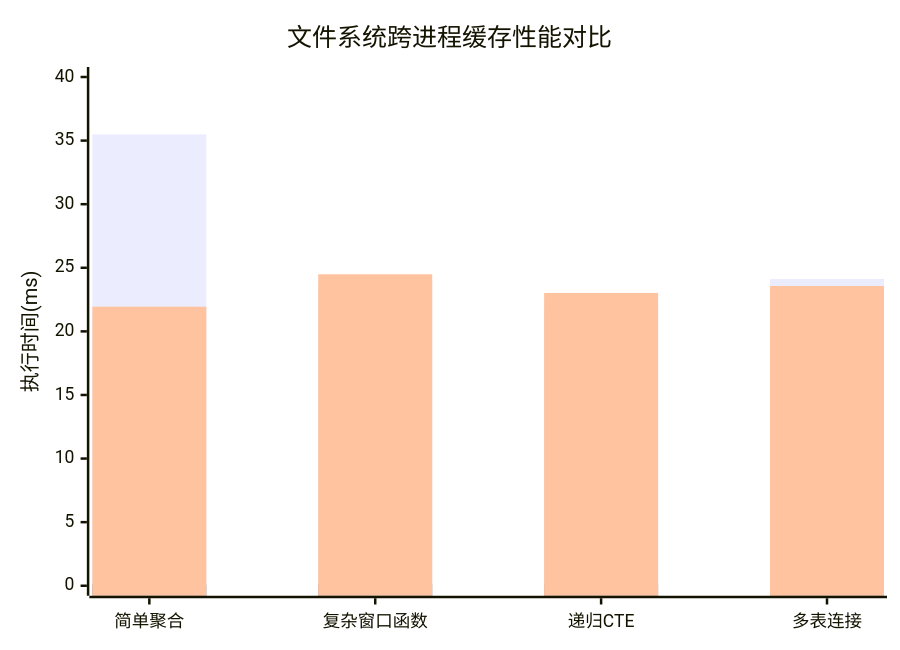
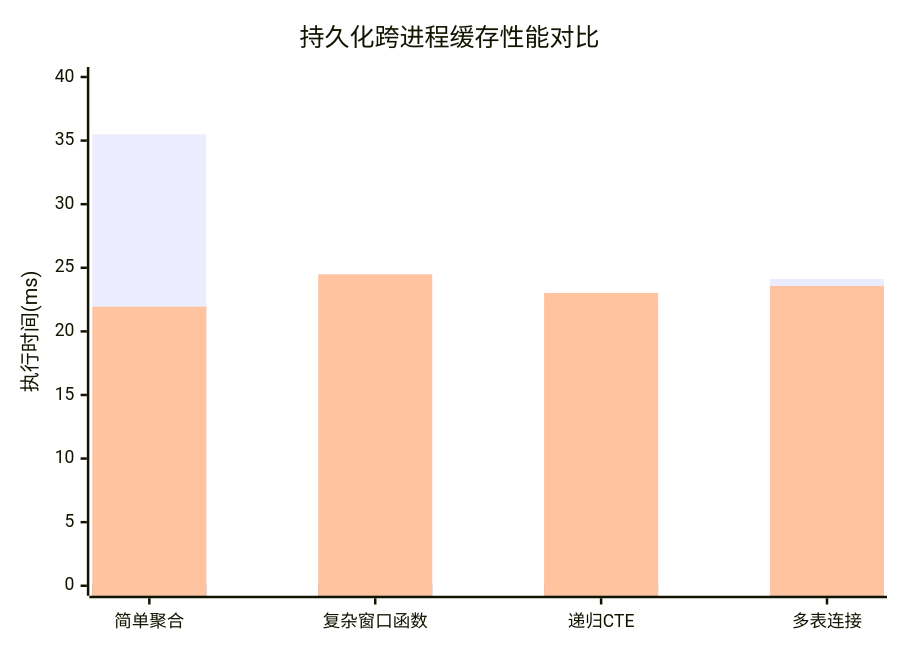
One commit to crazypenguincode/duckdb changed the third of 3 diagrams in md/第五章-多策略融合的持久化存储技术.md. Above: the diagram before and after it, drawn with Mermaid. The commit also changed other lines of this file and 8 other files, not shown here.

````diff
--- a/md/第五章-多策略融合的持久化存储技术.md
+++ b/md/第五章-多策略融合的持久化存储技术.md
@@ -181,9 +181,9 @@
 ```mermaid
 xychart-beta
-    title "文件系统跨进程缓存性能对比"
+    title "持久化跨进程缓存性能对比"
     x-axis ["简单聚合", "复杂窗口函数", "递归CTE", "多表连接"]
     y-axis "执行时间(ms)" 0 --> 40
     bar "首次执行" [35.49, 23.98, 22.00, 24.12]
     bar "缓存读取" [0.10, 0.10, 0.10, 0.10]
     bar "无缓存执行" [21.94, 24.49, 23.02, 23.57]
 ```
````
